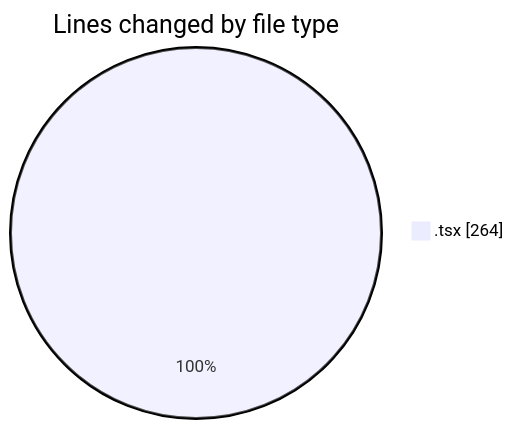
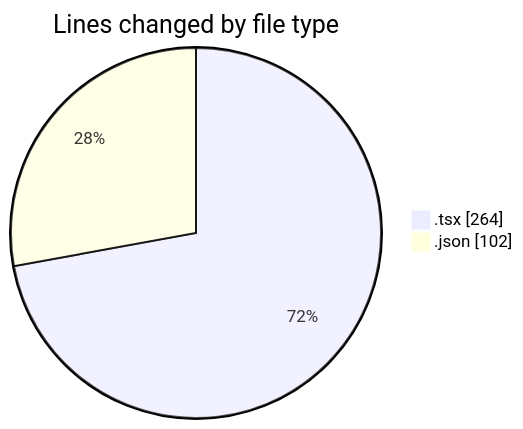
The first of 2 diagrams in 2025-04-30/niten/README.md (Elitesun/code-tracking), drawn with Mermaid before and after one commit. The commit also changed other lines of this file and 1 other file, not shown here.

````diff
--- a/2025-04-30/niten/README.md
+++ b/2025-04-30/niten/README.md
@@ -20,5 +21,6 @@
 ```mermaid
 pie showData
 title Lines changed by file type
 ".tsx" : 264
+".json" : 102
 ```
````
